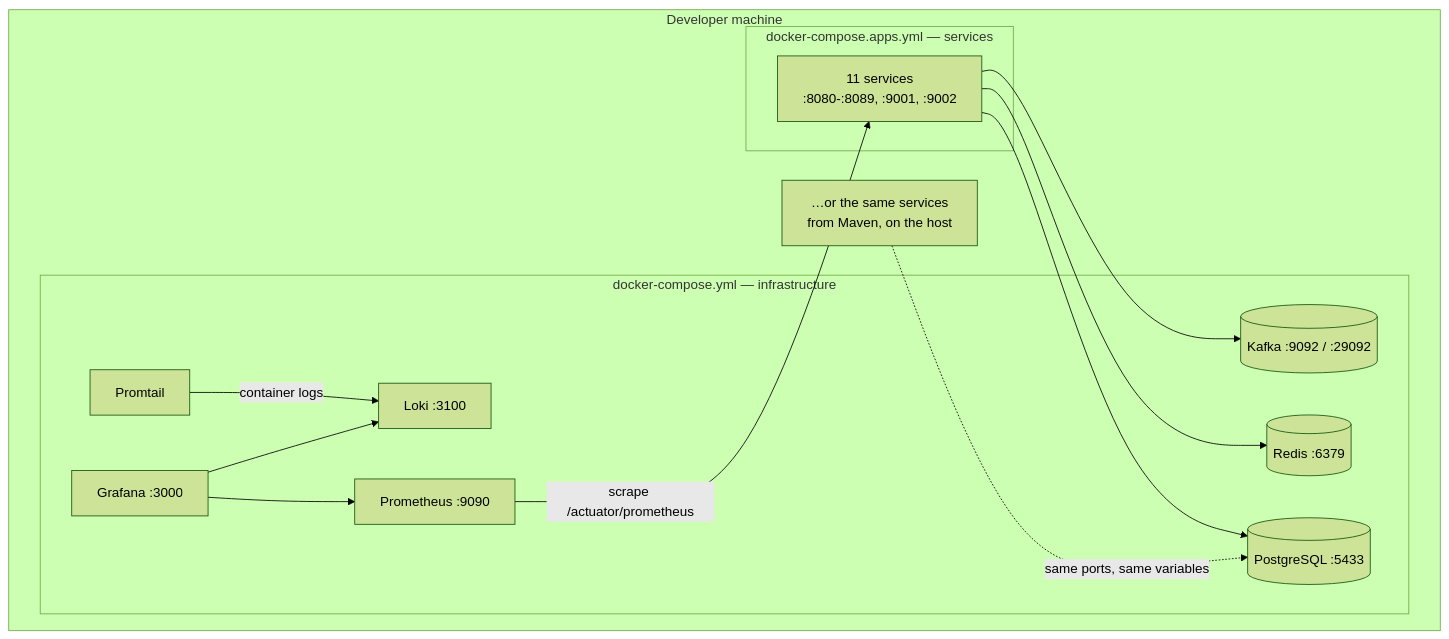
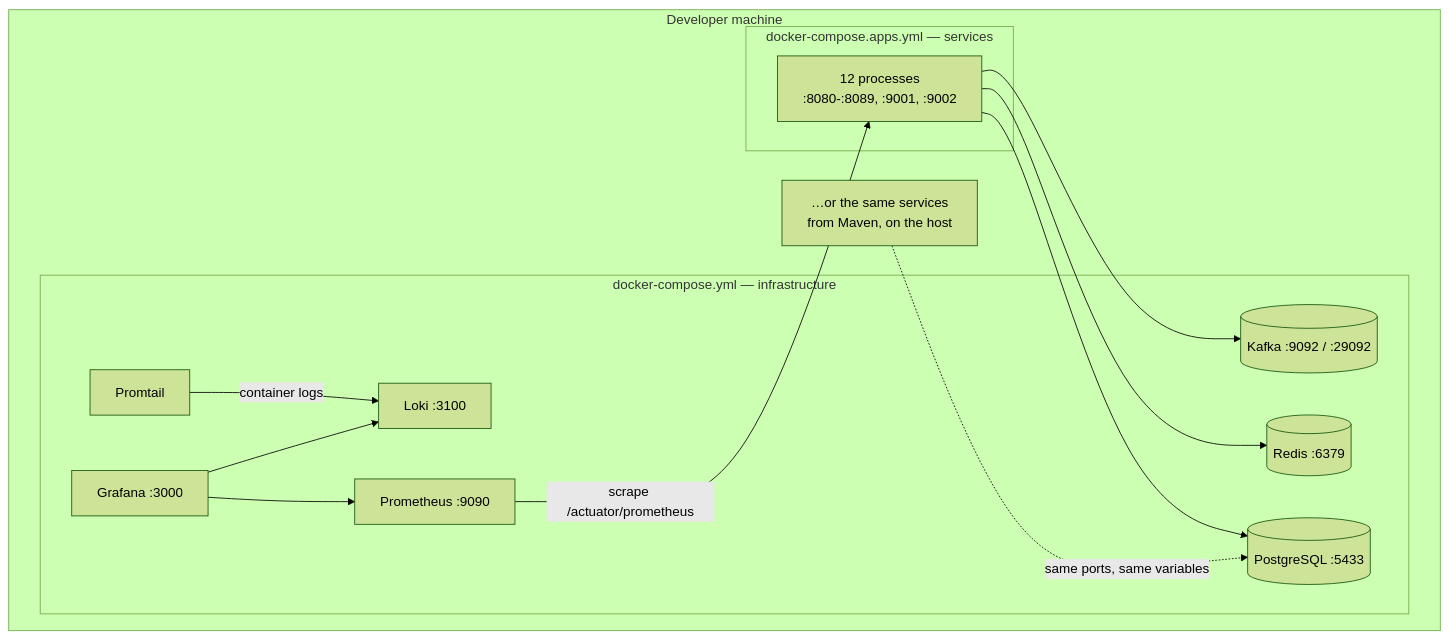
One commit to colin-110/openpay changed the first of 3 diagrams in docs/diagrams/deployment.md. Above: the diagram before and after it, drawn with Mermaid (forest theme). The commit also changed 5 other files, not shown here.

````diff
--- a/docs/diagrams/deployment.md
+++ b/docs/diagrams/deployment.md
@@ -9,29 +9,29 @@
 ```mermaid
 flowchart TB
     subgraph host["Developer machine"]
         subgraph infra["docker-compose.yml — infrastructure"]
             pg[("PostgreSQL :5433")]
             redis[("Redis :6379")]
             kafka[("Kafka :9092 / :29092")]
             prom["Prometheus :9090"]
             graf["Grafana :3000"]
             loki["Loki :3100"]
             promtail["Promtail"]
         end
 
         subgraph apps["docker-compose.apps.yml — services"]
-            services["11 services<br/>:8080-:8089, :9001, :9002"]
+            services["12 processes<br/>:8080-:8089, :9001, :9002"]
         end
 
         maven["…or the same services<br/>from Maven, on the host"]
     end
 
     services --> pg
     services --> redis
     services --> kafka
     maven -.->|"same ports, same variables"| pg
     promtail -->|"container logs"| loki
     prom -->|"scrape /actuator/prometheus"| services
     graf --> prom
     graf --> loki
 ```
````
